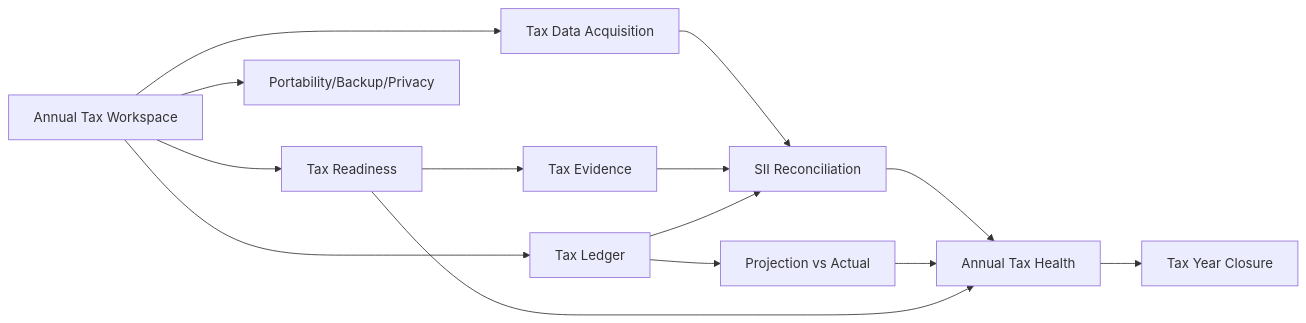
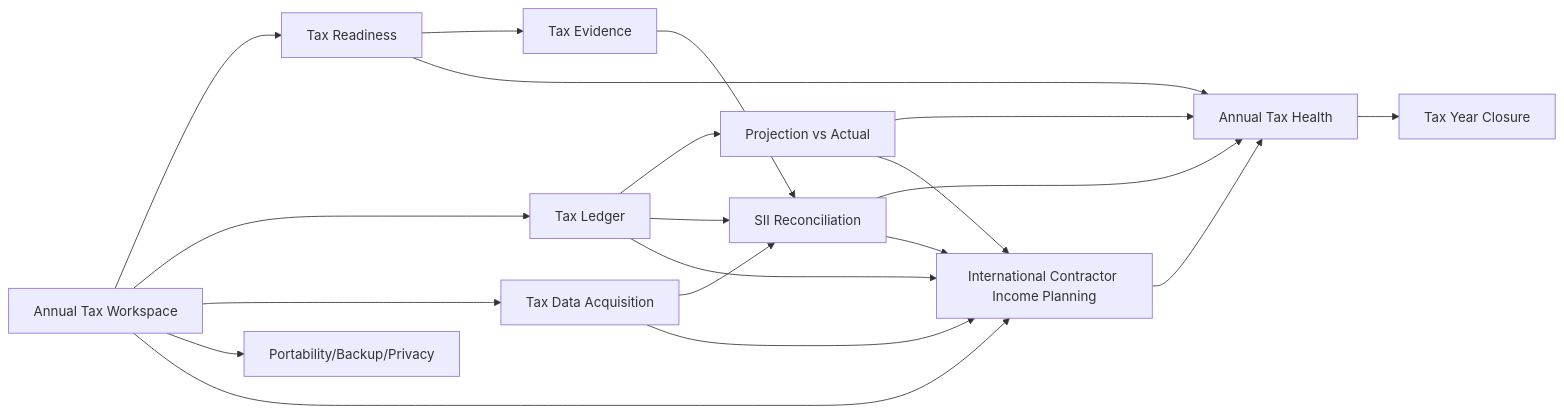
One commit to adumun/personal-tax-ledger changed the diagram in docs/backlog/tax-management-expansion.md. Above: the diagram before and after it, drawn with Mermaid. The commit also changed other lines of this file, not shown here.

Commit message:
docs(backlog): add contractor income planning epic

````diff
--- a/docs/backlog/tax-management-expansion.md
+++ b/docs/backlog/tax-management-expansion.md
@@ -44,16 +61,23 @@
 ```mermaid
 flowchart LR
   W[Annual Tax Workspace] --> R[Tax Readiness]
   W --> L[Tax Ledger]
   W --> A[Tax Data Acquisition]
   R --> E[Tax Evidence]
   L --> P[Projection vs Actual]
   A --> C[SII Reconciliation]
   E --> C
   L --> C
   C --> H[Annual Tax Health]
   P --> H
   R --> H
   H --> Y[Tax Year Closure]
   W --> B[Portability/Backup/Privacy]
+
+  W --> IC[International Contractor Income Planning]
+  L --> IC
+  P --> IC
+  A --> IC
+  C --> IC
+  IC --> H
 ```
````
